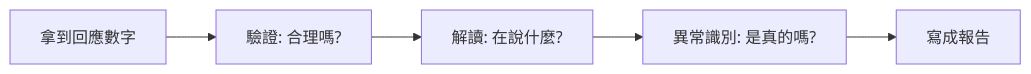
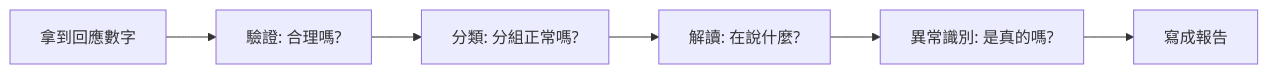
One commit to mapleelpam/LuminNexus-LearningMap changed the first of 4 diagrams in roles/testing/06_test-result-analysis.md. Above: the diagram before and after it, drawn with Mermaid. The commit also changed other lines of this file and 5 other files, not shown here.

````diff
--- a/roles/testing/06_test-result-analysis.md
+++ b/roles/testing/06_test-result-analysis.md
@@ -32,7 +34,8 @@
 ```mermaid
 graph LR
     A[拿到回應數字] --> B[驗證: 合理嗎?]
-    B --> C[解讀: 在說什麼?]
+    B --> B2[分類: 分組正常嗎?]
+    B2 --> C[解讀: 在說什麼?]
     C --> D[異常識別: 是真的嗎?]
     D --> E[寫成報告]
 ```
````
